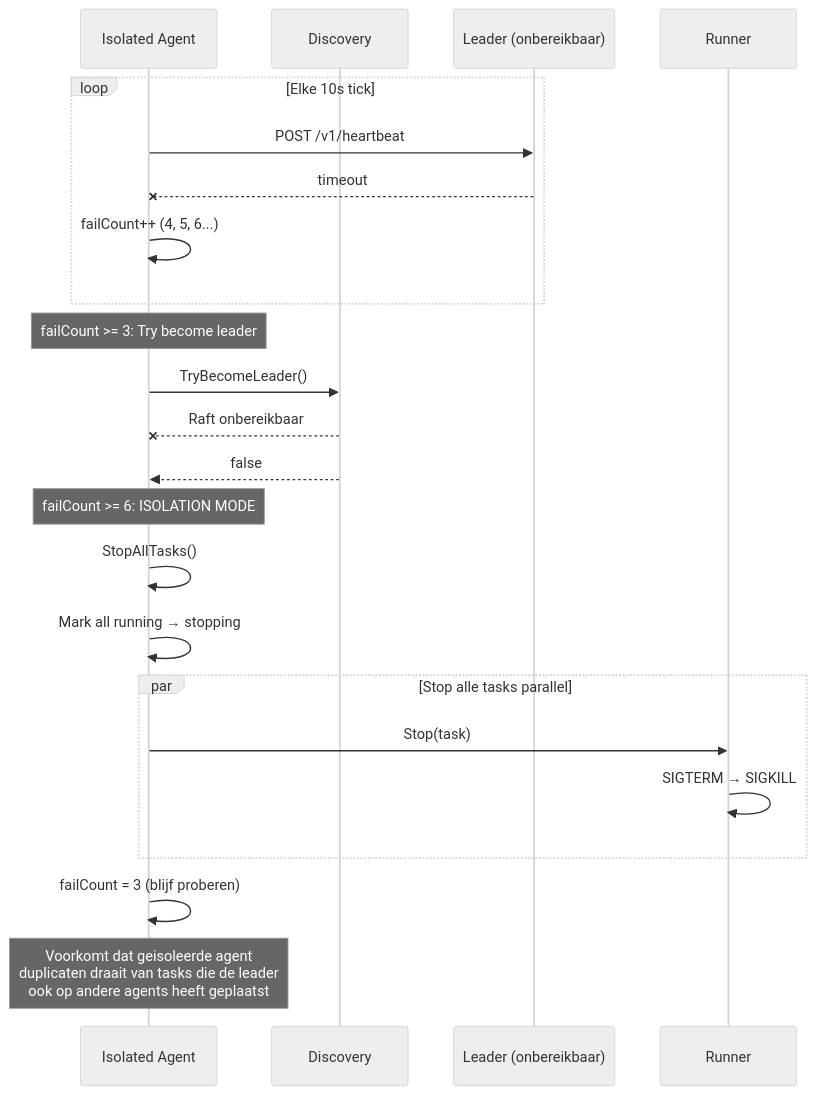
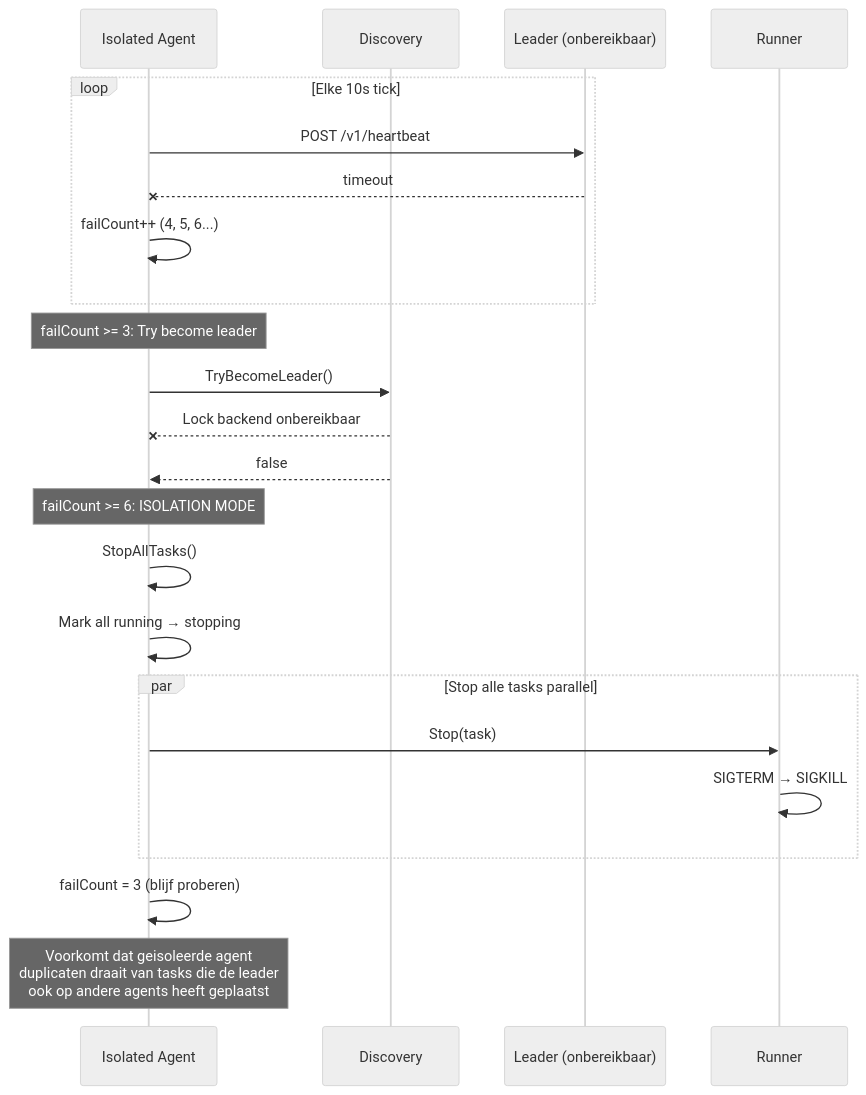
Before and after one commit to xinix00/easyrun: diagram 14 of 14 in SEQUENCES.md, drawn with Mermaid (neutral theme). The commit also changed other lines of this file and 3 other files, not shown here.

````diff
--- a/SEQUENCES.md
+++ b/SEQUENCES.md
@@ -641,29 +642,29 @@
 ```mermaid
 sequenceDiagram
     participant A as Isolated Agent
     participant D as Discovery
     participant L as Leader (onbereikbaar)
     participant R as Runner
 
     loop Elke 10s tick
         A->>L: POST /v1/heartbeat
         L--xA: timeout
         A->>A: failCount++ (4, 5, 6...)
     end
 
     Note over A: failCount >= 3: Try become leader
     A->>D: TryBecomeLeader()
-    D--xA: Raft onbereikbaar
+    D--xA: Lock backend onbereikbaar
     D-->>A: false
 
     Note over A: failCount >= 6: ISOLATION MODE
     A->>A: StopAllTasks()
     A->>A: Mark all running → stopping
     par Stop alle tasks parallel
         A->>R: Stop(task)
         R->>R: SIGTERM → SIGKILL
     end
     A->>A: failCount = 3 (blijf proberen)
 
     Note over A: Voorkomt dat geisoleerde agent<br/>duplicaten draait van tasks die de leader<br/>ook op andere agents heeft geplaatst
 ```
````
